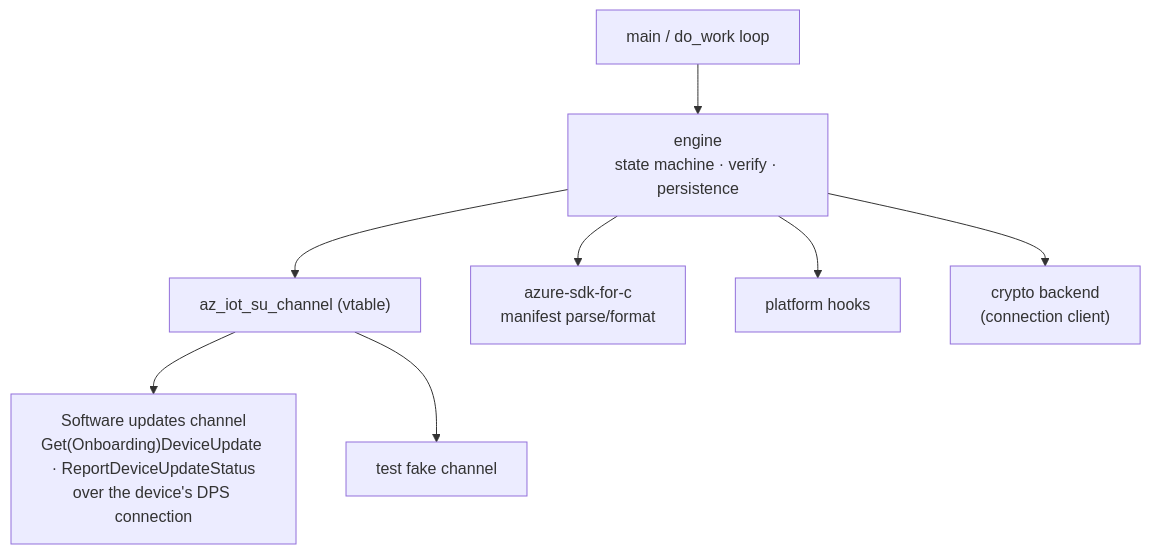
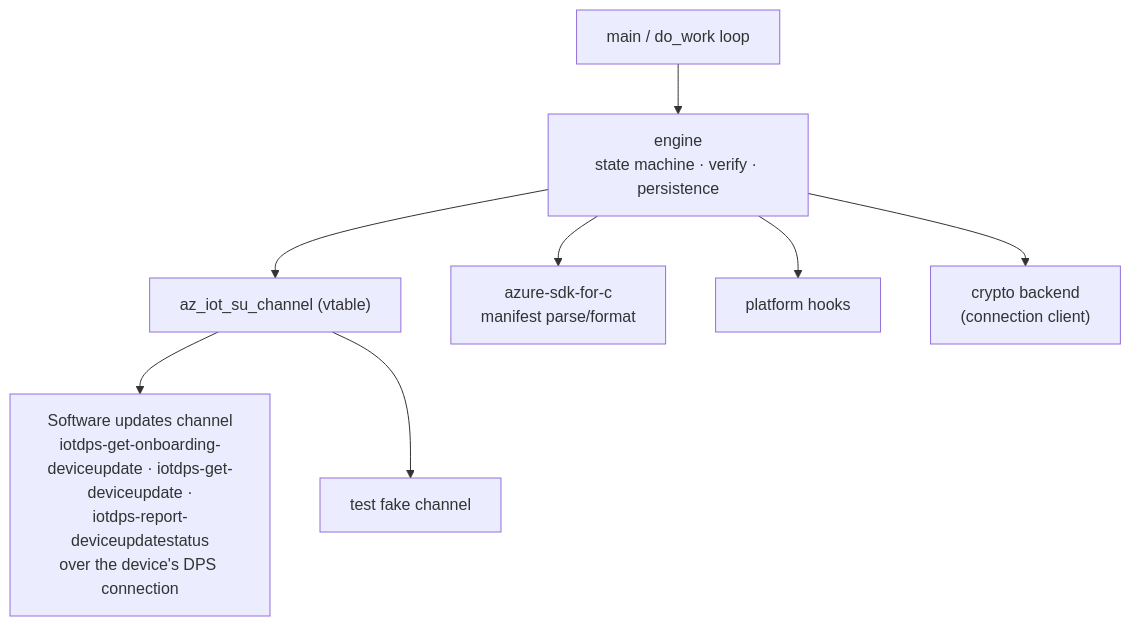
One commit to Azure/azure-iot-sdk changed the second of 6 diagrams in c/docs/eng/software-updates.md. Above: the diagram before and after it, drawn with Mermaid. The commit also changed other lines of this file and 7 other files, not shown here.

````diff
--- a/c/docs/eng/software-updates.md
+++ b/c/docs/eng/software-updates.md
@@ -212,10 +226,10 @@
 ```mermaid
 flowchart TB
     MAIN2["main / do_work loop"] --> CORE["engine<br/>state machine · verify · persistence"]
     CORE --> CH["az_iot_su_channel (vtable)"]
-    CH --> V2["Software updates channel<br/>Get(Onboarding)DeviceUpdate · ReportDeviceUpdateStatus<br/>over the device's DPS connection"]
+    CH --> V2["Software updates channel<br/>iotdps-get-onboarding-deviceupdate · iotdps-get-deviceupdate ·<br/>iotdps-report-deviceupdatestatus<br/>over the device's DPS connection"]
     CH --> FAKE["test fake channel"]
     CORE --> AZ["azure-sdk-for-c<br/>manifest parse/format"]
     CORE --> HK["platform hooks"]
     CORE --> CR["crypto backend<br/>(connection client)"]
 ```
````
